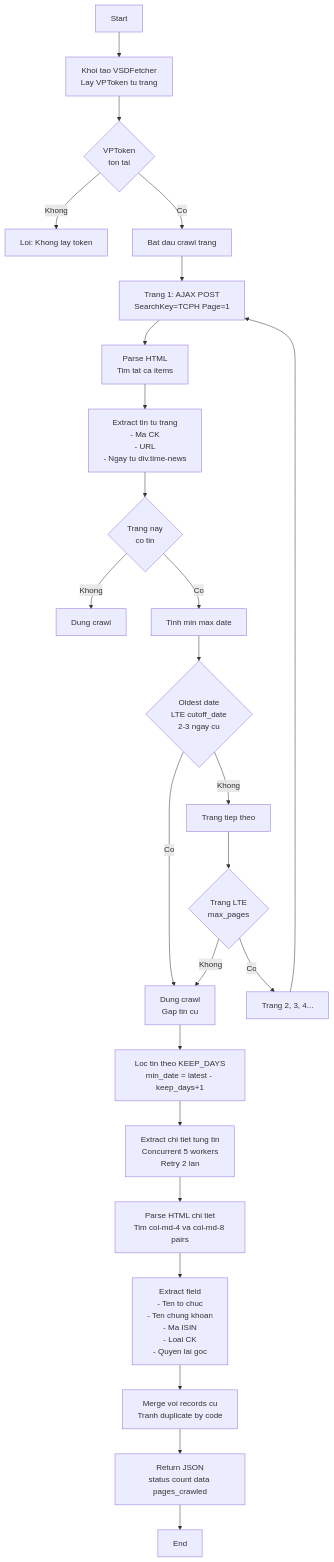
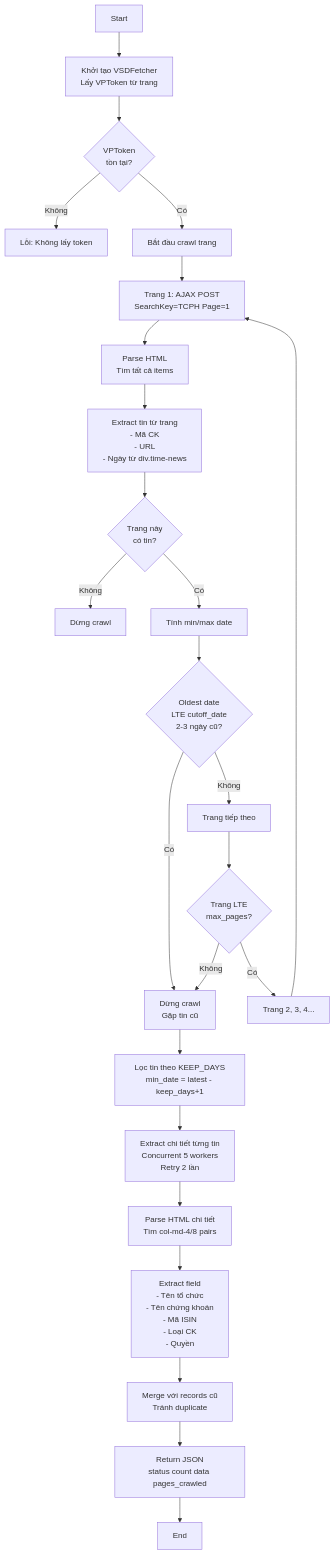
Before and after one commit to doanhieu1986/vps-automation-vhck: the first of 5 diagrams in FETCH_VSD_LOGIC.md, drawn with Mermaid. The commit also changed other lines of this file, not shown here.

````diff
--- a/FETCH_VSD_LOGIC.md
+++ b/FETCH_VSD_LOGIC.md
@@ -23,38 +23,38 @@
 ```mermaid
 flowchart TD
-    A[Start] --> B[Khoi tao VSDFetcher<br/>Lay VPToken tu trang]
-    B --> C{VPToken<br/>ton tai}
-    C -->|Khong| D[Loi: Khong lay token]
-    C -->|Co| E[Bat dau crawl trang]
+    A["Start"] --> B["Khởi tạo VSDFetcher<br/>Lấy VPToken từ trang"]
+    B --> C{VPToken<br/>tồn tại?}
+    C -->|Không| D["Lỗi: Không lấy token"]
+    C -->|Có| E["Bắt đầu crawl trang"]
     
-    E --> F[Trang 1: AJAX POST<br/>SearchKey=TCPH Page=1]
-    F --> G[Parse HTML<br/>Tim tat ca items]
+    E --> F["Trang 1: AJAX POST<br/>SearchKey=TCPH Page=1"]
+    F --> G["Parse HTML<br/>Tìm tất cả items"]
     
-    G --> H[Extract tin tu trang<br/>- Ma CK<br/>- URL<br/>- Ngay tu div.time-news]
+    G --> H["Extract tin từ trang<br/>- Mã CK<br/>- URL<br/>- Ngày từ div.time-news"]
     
-    H --> I{Trang nay<br/>co tin}
-    I -->|Khong| J[Dung crawl]
-    I -->|Co| K[Tinh min max date]
+    H --> I{"Trang này<br/>có tin?"}
+    I -->|Không| J["Dừng crawl"]
+    I -->|Có| K["Tính min/max date"]
     
-    K --> L{Oldest date<br/>LTE cutoff_date<br/>2-3 ngay cu}
-    L -->|Co| M[Dung crawl<br/>Gap tin cu]
-    L -->|Khong| N[Trang tiep theo]
+    K --> L{"Oldest date<br/>LTE cutoff_date<br/>2-3 ngày cũ?"}
+    L -->|Có| M["Dừng crawl<br/>Gặp tin cũ"]
+    L -->|Không| N["Trang tiếp theo"]
     
-    N --> O{Trang LTE<br/>max_pages}
-    O -->|Co| P[Trang 2, 3, 4...]
+    N --> O{"Trang LTE<br/>max_pages?"}
+    O -->|Có| P["Trang 2, 3, 4..."]
     P --> F
-    O -->|Khong| M
+    O -->|Không| M
     
-    M --> Q[Loc tin theo KEEP_DAYS<br/>min_date = latest - keep_days+1]
+    M --> Q["Lọc tin theo KEEP_DAYS<br/>min_date = latest - keep_days+1"]
     
-    Q --> R[Extract chi tiet tung tin<br/>Concurrent 5 workers<br/>Retry 2 lan]
+    Q --> R["Extract chi tiết từng tin<br/>Concurrent 5 workers<br/>Retry 2 lần"]
     
-    R --> S[Parse HTML chi tiet<br/>Tim col-md-4 va col-md-8 pairs]
+    R --> S["Parse HTML chi tiết<br/>Tìm col-md-4/8 pairs"]
     
-    S --> T[Extract field<br/>- Ten to chuc<br/>- Ten chung khoan<br/>- Ma ISIN<br/>- Loai CK<br/>- Quyen lai goc]
+    S --> T["Extract field<br/>- Tên tổ chức<br/>- Tên chứng khoán<br/>- Mã ISIN<br/>- Loại CK<br/>- Quyền"]
     
-    T --> U[Merge voi records cu<br/>Tranh duplicate by code]
+    T --> U["Merge với records cũ<br/>Tránh duplicate"]
     
-    U --> V[Return JSON<br/>status count data pages_crawled]
-    V --> W[End]
+    U --> V["Return JSON<br/>status count data pages_crawled"]
+    V --> W["End"]
 ```
````
